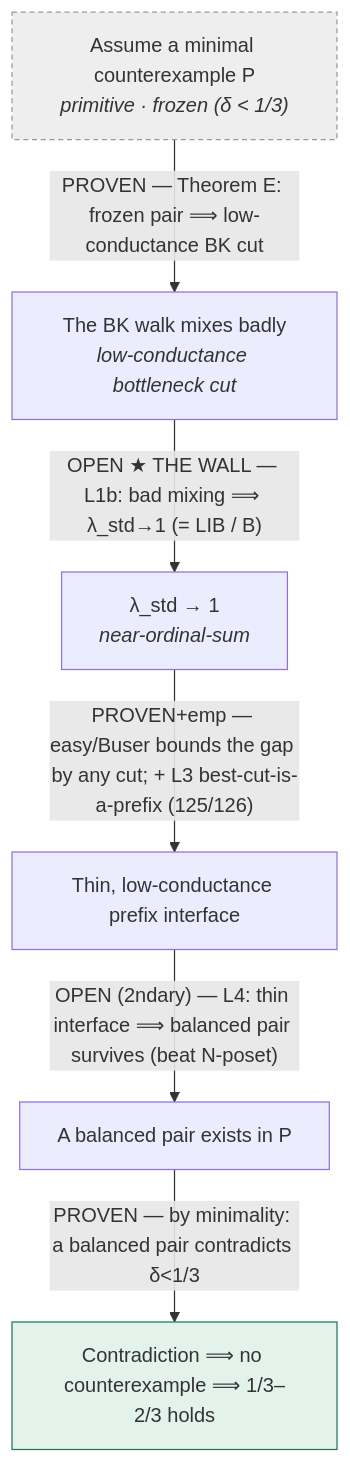
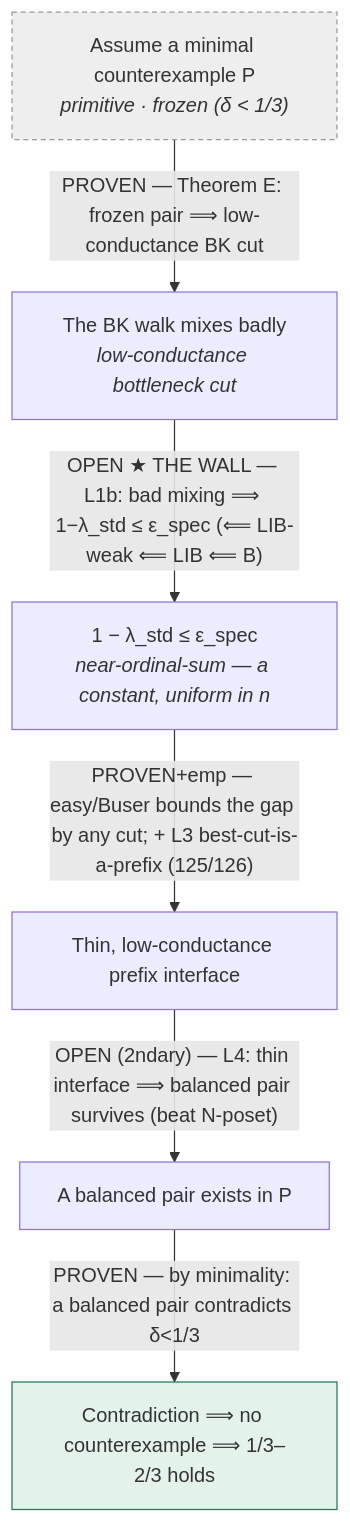
Before and after one commit to drellem2/onethird_program: the diagram in STATE.md, drawn with Mermaid. The commit also changed other lines of this file, not shown here.

````diff
--- a/STATE.md
+++ b/STATE.md
@@ -53,16 +53,16 @@
 ```mermaid
 flowchart TD
     A["Assume a minimal counterexample P<br/><i>primitive · frozen (δ &lt; 1/3)</i>"]:::assume
     B["The BK walk mixes badly<br/><i>low-conductance bottleneck cut</i>"]
-    C["λ_std → 1<br/><i>near-ordinal-sum</i>"]
+    C["1 − λ_std ≤ ε_spec<br/><i>near-ordinal-sum — a constant, uniform in n</i>"]
     D["Thin, low-conductance prefix interface"]
     E["A balanced pair exists in P"]
     F["Contradiction ⟹ no counterexample ⟹ 1/3–2/3 holds"]:::concl
     A -->|"PROVEN — Theorem E: frozen pair ⟹ low-conductance BK cut"| B
-    B -->|"OPEN ★ THE WALL — L1b: bad mixing ⟹ λ_std→1 (= LIB / B)"| C
+    B -->|"OPEN ★ THE WALL — L1b: bad mixing ⟹ 1−λ_std ≤ ε_spec (⟸ LIB-weak ⟸ LIB ⟸ B)"| C
     C -->|"PROVEN+emp — easy/Buser bounds the gap by any cut; + L3 best-cut-is-a-prefix (125/126)"| D
     D -->|"OPEN (2ndary) — L4: thin interface ⟹ balanced pair survives (beat N-poset)"| E
     E -->|"PROVEN — by minimality: a balanced pair contradicts δ&lt;1/3"| F
     classDef assume fill:#eee,stroke:#999,stroke-dasharray:4 3;
     classDef concl fill:#e3f3ec,stroke:#1f7a54;
 ```
````
